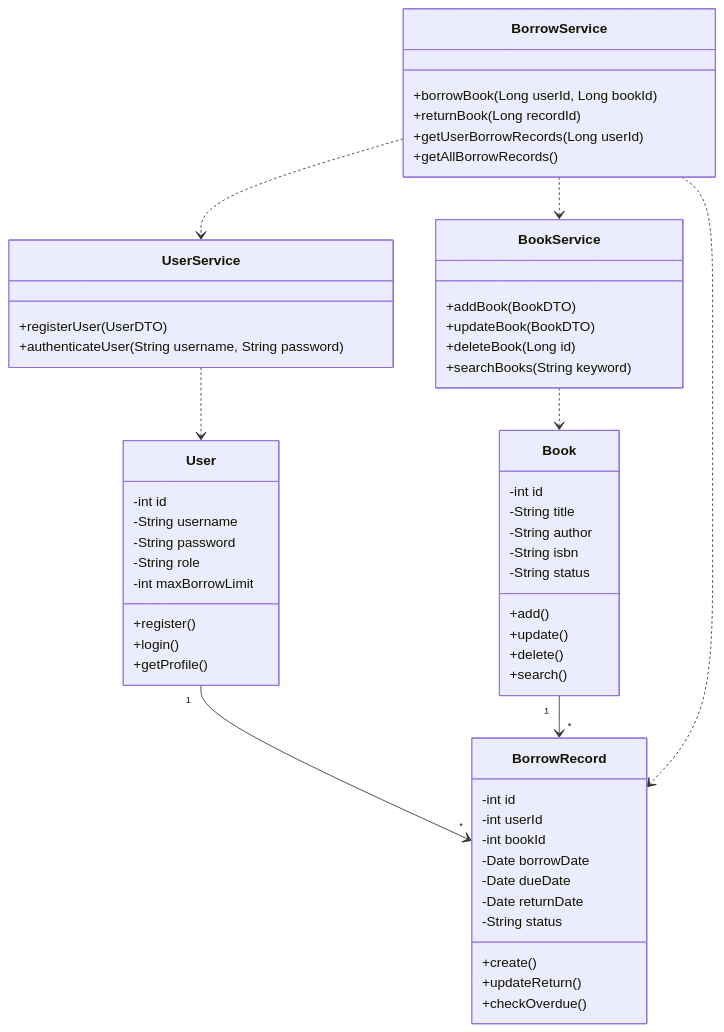
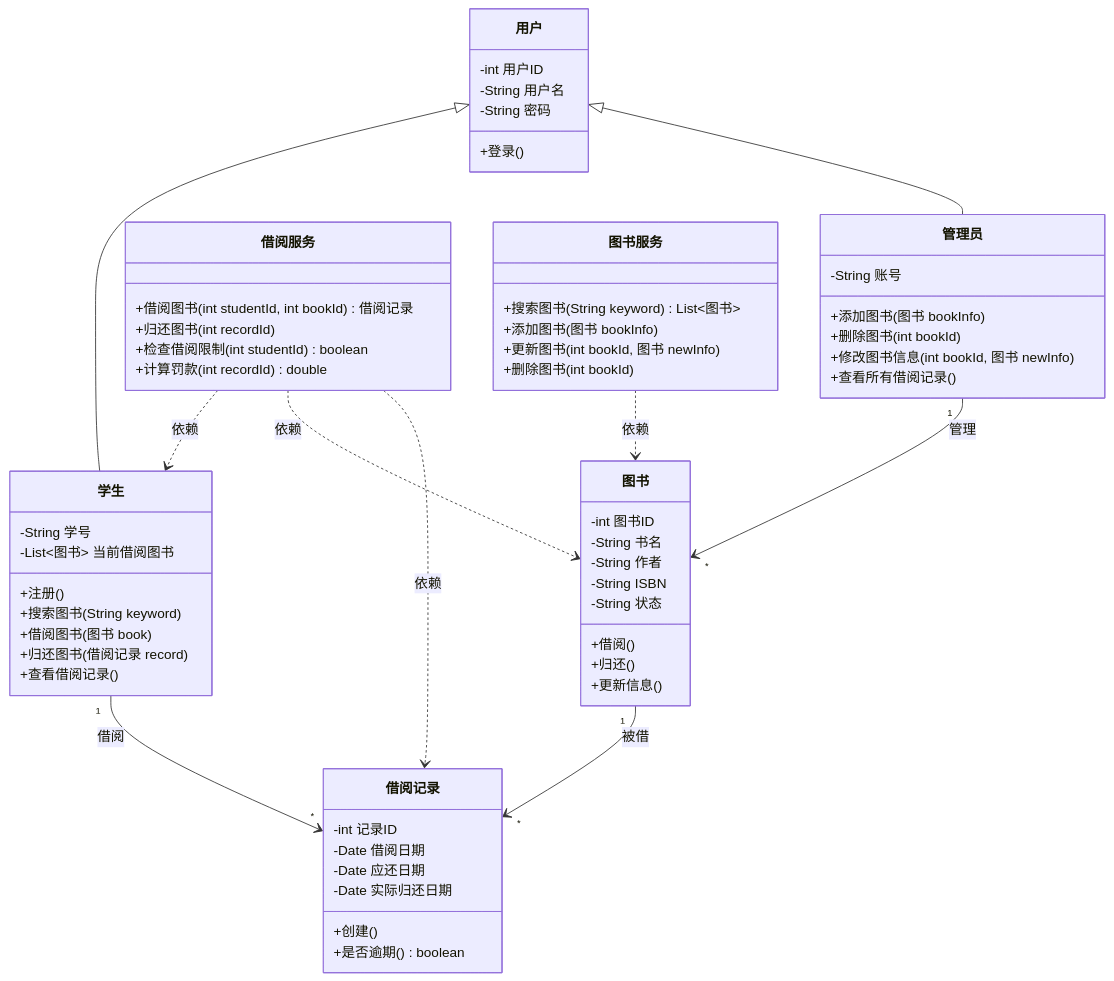
Before and after one commit to YxY09/ReqDesign-Agent: the diagram in benchmark/results/case1_library/class_diagram.mmd, drawn with Mermaid. The commit also changed 65 other files, not shown here.

```diff
--- a/benchmark/results/case1_library/class_diagram.mmd
+++ b/benchmark/results/case1_library/class_diagram.mmd
@@ -1,57 +1,63 @@
 classDiagram
-    class User {
-        -int id
-        -String username
-        -String password
-        -String role
-        -int maxBorrowLimit
-        +register()
-        +login()
-        +getProfile()
+    class 用户 {
+        -int 用户ID
+        -String 用户名
+        -String 密码
+        +登录()
     }
-    class Book {
-        -int id
-        -String title
-        -String author
-        -String isbn
-        -String status
-        +add()
-        +update()
-        +delete()
-        +search()
+    class 学生 {
+        -String 学号
+        -List~图书~ 当前借阅图书
+        +注册()
+        +搜索图书(String keyword)
+        +借阅图书(图书 book)
+        +归还图书(借阅记录 record)
+        +查看借阅记录()
     }
-    class BorrowRecord {
-        -int id
-        -int userId
-        -int bookId
-        -Date borrowDate
-        -Date dueDate
-        -Date returnDate
-        -String status
-        +create()
-        +updateReturn()
-        +checkOverdue()
+    class 管理员 {
+        -String 账号
+        +添加图书(图书 bookInfo)
+        +删除图书(int bookId)
+        +修改图书信息(int bookId, 图书 newInfo)
+        +查看所有借阅记录()
     }
-    class UserService {
-        +registerUser(UserDTO)
-        +authenticateUser(String username, String password)
+    class 图书 {
+        -int 图书ID
+        -String 书名
+        -String 作者
+        -String ISBN
+        -String 状态
+        +借阅()
+        +归还()
+        +更新信息()
     }
-    class BookService {
-        +addBook(BookDTO)
-        +updateBook(BookDTO)
-        +deleteBook(Long id)
-        +searchBooks(String keyword)
+    class 借阅记录 {
+        -int 记录ID
+        -Date 借阅日期
+        -Date 应还日期
+        -Date 实际归还日期
+        +创建()
+        +是否逾期() boolean
     }
-    class BorrowService {
-        +borrowBook(Long userId, Long bookId)
-        +returnBook(Long recordId)
-        +getUserBorrowRecords(Long userId)
-        +getAllBorrowRecords()
+    class 借阅服务 {
+        +借阅图书(int studentId, int bookId) 借阅记录
+        +归还图书(int recordId)
+        +检查借阅限制(int studentId) boolean
+        +计算罚款(int recordId) double
     }
-    User "1" --> "*" BorrowRecord
-    Book "1" --> "*" BorrowRecord
-    BorrowService ..> UserService
-    BorrowService ..> BookService
-    BorrowService ..> BorrowRecord
-    UserService ..> User
-    BookService ..> Book
+    class 图书服务 {
+        +搜索图书(String keyword) List~图书~
+        +添加图书(图书 bookInfo)
+        +更新图书(int bookId, 图书 newInfo)
+        +删除图书(int bookId)
+    }
+
+    用户 <|-- 学生
+    用户 <|-- 管理员
+    学生 "1" --> "*" 借阅记录 : 借阅
+    图书 "1" --> "*" 借阅记录 : 被借
+    管理员 "1" --> "*" 图书 : 管理
+    借阅服务 ..> 学生 : 依赖
+    借阅服务 ..> 图书 : 依赖
+    借阅服务 ..> 借阅记录 : 依赖
+    图书服务 ..> 图书 : 依赖
```
